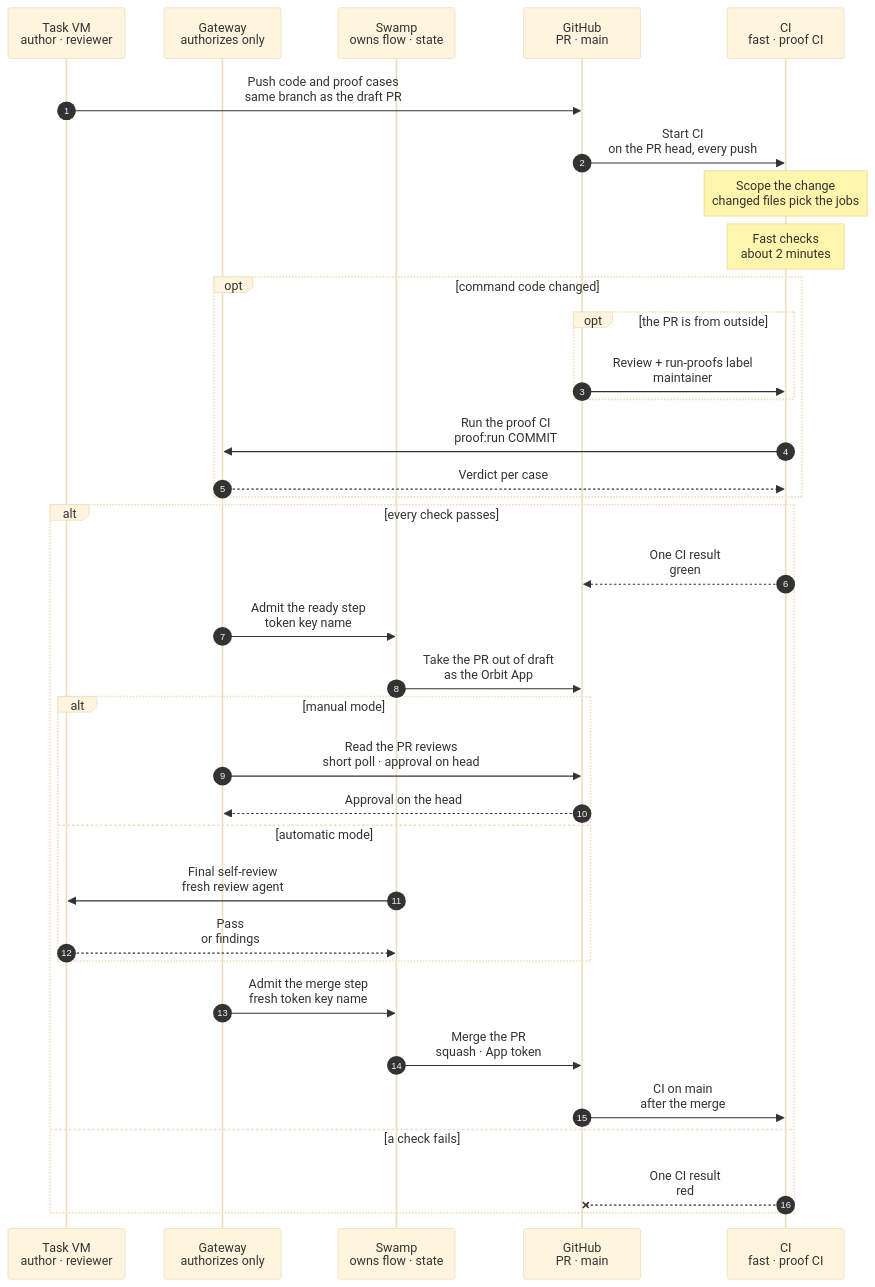
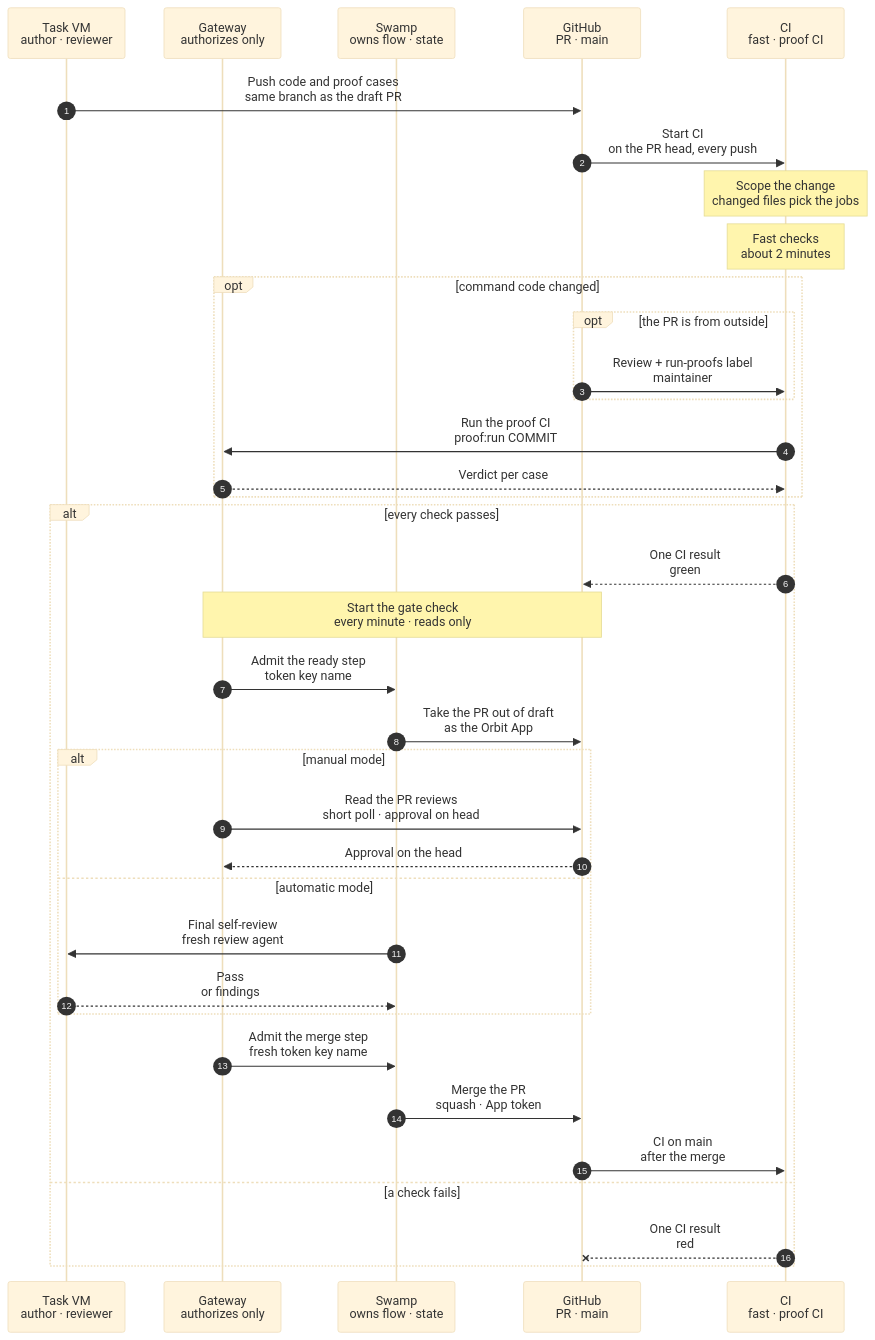
Before and after one commit to hardimpactdev/orbit: the diagram in docs/reference/pipeline/4-pr-and-ci.mmd, drawn with Mermaid (base theme). The commit also changed 7 other files, not shown here.

First line of the commit message:
feat(tasks): gate check that admits the ready and merge steps of a task PR

```diff
--- a/docs/reference/pipeline/4-pr-and-ci.mmd
+++ b/docs/reference/pipeline/4-pr-and-ci.mmd
@@ -1,126 +1,141 @@
 sequenceDiagram
   %% Target design: stage 4 of the command development pipeline (feature-flow sections 3 and 4). It continues the one PR that stage 1 opened as a draft with the spec. The code and the runnable proof cases of the command are pushed to the same branch, so a reviewer can check that the chart, the docs, the cases, the code and the proof cases match. There is one CI: the fast checks plus, for command code, the proof CI (proof:run for the affected commands). It runs on every push. When everything is green the PR leaves draft; then comes the gate, and Swamp merges the PR with a Gateway-minted App token. There is no merge queue. The Gateway only admits and mints. GitHub auto-merge is not used.
   %% status: draft
   %% command: development pipeline stage 4 · code, proof CI and merge in the same PR
   %% kind: pipeline.4-pr-and-ci
   autonumber
   %% lane AG icon=terminal pill=author tone=gray
   %% lane GW icon=gateway pill=intent tone=blue
   %% lane SW icon=workflow pill=executes tone=green
   %% lane GH icon=server pill=PR tone=purple
   %% lane CI icon=workflow pill=checks tone=amber
   participant AG as Task VM<br/>author · reviewer
   participant GW as Gateway<br/>authorizes only
   participant SW as Swamp<br/>owns flow · state
   participant GH as GitHub<br/>PR · main
   participant CI as CI<br/>fast · proof CI
   AG->>GH: Push code and proof cases<br/>same branch as the draft PR
   %%> Requirements:
   %%> - the draft PR of stage 1 exists and its first commit holds the spec: chart, page and cases
   %%> - the cases passed on the nested fleet (stage 3)
   %%> What it does:
   %%> - pushes the command code and the runnable proof cases to the branch of the draft PR; no second PR is opened
   %%> - the chart, page, cases, code and proof cases are now in one PR, so a reviewer can check that they match
   %%> Not built:
   %%> - PRs opened by the App; today the author opens the draft PR as `nckrtl`
   GH->>CI: Start CI<br/>on the PR head, every push
   %%> What it does:
   %%> - GitHub runs `ci.yml` for the PR head on every push, also while the PR is a draft; there is one CI, and the merge requires its one result
   Note over CI: Scope the change<br/>changed files pick the jobs
   %%> Rules:
   %%> - documentation only (`docs/`, `*.md`, charts): docs checks only, never the proof CI; this is the spec commit alone
   %%> - Gateway code: fast checks and the Gateway Pest suite
   %%> - web or CLI code: fast checks and that build
   %%> - command code (workflows, extensions, playbooks, roles, versions): fast checks and the proof CI
   %%> - the proof CI starts only when a changed path selects a command in `swamp/proof/selection.txt`, the same list `proof:run` reads; docs, charts and case descriptions never start it
   %%> Not built:
   %%> - mapping each command's Gateway Action and CLI files in `selection.txt`; `apps/**` is `skip` until a command is ready
   Note over CI: Fast checks<br/>about 2 minutes
   %%> What it does:
   %%> - runs the required job set `Required checks`; every main commit also builds the web artifact and `Gateway release inputs` for the release (stage 5)
   opt command code changed
     opt the PR is from outside
       GH->>CI: Review + run-proofs label<br/>maintainer
       %%> What it does:
       %%> - a maintainer approves the head and adds the label `run-proofs`; the workflow passes that head SHA to `proof:run`
       %%> Why:
       %%> - a new push removes the label; the new head needs a new approval
     end
     CI->>GW: Run the proof CI<br/>proof:run COMMIT
     %%> What it does:
     %%> - a job on the beast or shark runner passes only the full SHA and an idempotency key; it checks out only its own script and chooses no cases
     %%> - a new push cancels the proof run of the previous push on the same PR (GitHub concurrency), so only the latest push finishes its proof
     %%> - the Gateway checks the commit, selects the cases and starts one Swamp run per selected command, each on its own proof VM, as in the chart of `proof:run`
     %%> - the run starts a fresh task VM from the current images, mounts its checkout of the commit in the nested fleet, converges that VM once when the PR changes playbooks or pins, and takes `base`; each batch restores `base` once, nothing converges again
     %%> - the base images stay as they are; only the merge and the seed refresh (stage 6) change them
     %%> Not built:
     %%> - the proof CI as part of the one CI result: the job `proof-run` calls `proof:run` but is report-only; today a merge needs `Required checks` alone, and the job joins it once a run passes end to end
     GW-->>CI: Verdict per case
     %%> Result:
     %%> - the job reads the operation until it ends; a missing result or a failed assertion fails the CI result
   end
   alt every check passes
     CI-->>GH: One CI result<br/>green
     %%> Result:
     %%> - the merge requires this one result on the PR head
+    Note over GW,GH: Start the gate check<br/>every minute · reads only
+    %%> What it does:
+    %%> - a Gateway schedule runs every minute, like the release check of stage 5; it reads with read-only App tokens the open external Task groups that have a published PR, and for each its PR, its CI result on the head and its reviews
+    %%> - a draft PR whose CI result is green on its head: the Gateway admits the ready step below
+    %%> - a PR out of draft in manual mode, where Nick's latest review approves that exact head: the Gateway admits the merge step below
+    %%> - in automatic mode the Gateway admits the self-review run first, then the merge step
+    %%> Why:
+    %%> - the Gateway is private and its App receives no webhooks, so a short poll sees the green CI and the approval
+    %%> - Swamp steps make no Gateway calls; each admission starts its own Swamp run with the full intent
+    %%> Rules:
+    %%> - admission is keyed by group and head, so a repeat tick on the same head is a no-op; a push moves the head and the check starts again
+    %%> - a pending or red CI result, a missing approval, a busy group or a failed read is a quiet skip; the next tick reads again
+    %%> - only a Project with review and merge enabled takes part
+    %%> Built:
+    %%> - the check for manual mode, as the scheduled command `tasks:pr-gate`
+    %%> Not built:
+    %%> - the check for automatic mode, because the self-review run does not exist
     GW->>SW: Admit the ready step<br/>token key name
     %%> What it does:
     %%> - authorizes the step and mints a short-lived App token
     %%> When:
     %%> - the PR is a draft and its CI is green on the head
     SW->>GH: Take the PR out of draft<br/>as the Orbit App
     %%> What it does:
     %%> - marks the PR ready for review with the App token, passed by vault key name
     %%> - in manual mode, also requests Nick's review, so GitHub notifies him that the PR waits for him
     %%> Why:
     %%> - a draft means the work is still moving; leaving draft says the spec, code and proof cases are done
     %%> Built:
-    %%> - the operation `tasks:pr-ready`, with its chart; no flow calls it yet
+    %%> - the operation `tasks:pr-ready`, with its chart, called by the gate check in manual mode
     %%> Not built:
-    %%> - a flow that calls it; today the author runs `gh pr ready` as `nckrtl`
+    %%> - the call in automatic mode
     alt manual mode
       GW->>GH: Read the PR reviews<br/>short poll · approval on head
       %%> What it does:
       %%> - Nick's approving review on the exact PR head is the gate; the Gateway sees it with a token that has only `pull_requests: read`
       %%> Why:
       %%> - the Gateway is private and its App receives no webhooks, so a short poll sees the approval
       %%> - a push moves the PR head, so the approval must follow the last push
       %%> Built:
-      %%> - the read, as the gate of the operation `tasks:pr-merge`: a caller that polls it sees the approval
-      %%> Not built:
-      %%> - the approval-triggered continuation
+      %%> - the read, as the gate of the operation `tasks:pr-merge`, polled every minute by the gate check
       GH-->>GW: Approval on the head
     else automatic mode
       SW->>AG: Final self-review<br/>fresh review agent
       %%> What it does:
       %%> - a new review agent, which took no part in the spec, the code or the earlier reviews, reads the whole PR head and the CI result
       %%> Result:
       %%> - findings go back to the author agent, which fixes them; the new head gets a new CI run and a new review
       %%> - at most 3 review rounds; after the third with findings, the PR switches to manual mode, Swamp requests Nick's review, and it waits for his approval
       AG-->>SW: Pass<br/>or findings
     end
     GW->>SW: Admit the merge step<br/>fresh token key name
     %%> Why:
     %%> - a token lives one hour and an approval can take longer, so the Gateway mints a new one for this step
     SW->>GH: Merge the PR<br/>squash · App token
     %%> What it does:
     %%> - Swamp merges the PR straight into main with a squash merge, using the Gateway-minted App token passed by vault key name
     %%> - the Orbit App, through this Swamp step, decides whether the PR may merge; the PR's CI is green on its head and the gate has passed
     %%> - a merge conflict with main refuses the merge; the author rebases, which reruns CI and the proof, and the gate starts again
     %%> History:
     %%> - no merge queue and no GitHub auto-merge (Nick, 2026-11-05): the queue only reran the 2-minute fast checks, because the proof is not run twice
     %%> Built:
-    %%> - the operation `tasks:pr-merge`, with its chart; no flow calls it yet
+    %%> - the operation `tasks:pr-merge`, with its chart, called by the gate check in manual mode
     %%> Not built:
-    %%> - a flow that calls it; today the author runs `gh pr merge N --squash` as `nckrtl` (the interim)
+    %%> - the call in automatic mode; a PR that is not in a Task group still merges with `gh pr merge N --squash` as `nckrtl` (the interim)
     GH->>CI: CI on main<br/>after the merge
     %%> What it does:
     %%> - the normal CI run of the new main commit; the Gateway release (stage 5) takes only a green one
     %%> When it fails:
     %%> - two green PRs can still break main together; main is fixed forward, and no release takes the red commit
   else a check fails
     CI--xGH: One CI result<br/>red
     %%> Result:
     %%> - the PR stays a draft and is not merged; the author fixes and pushes again, and CI runs again on the new head
     %%> - a PR that left draft and then goes red is fixed the same way, and the gate starts again on the new head
   end
```
